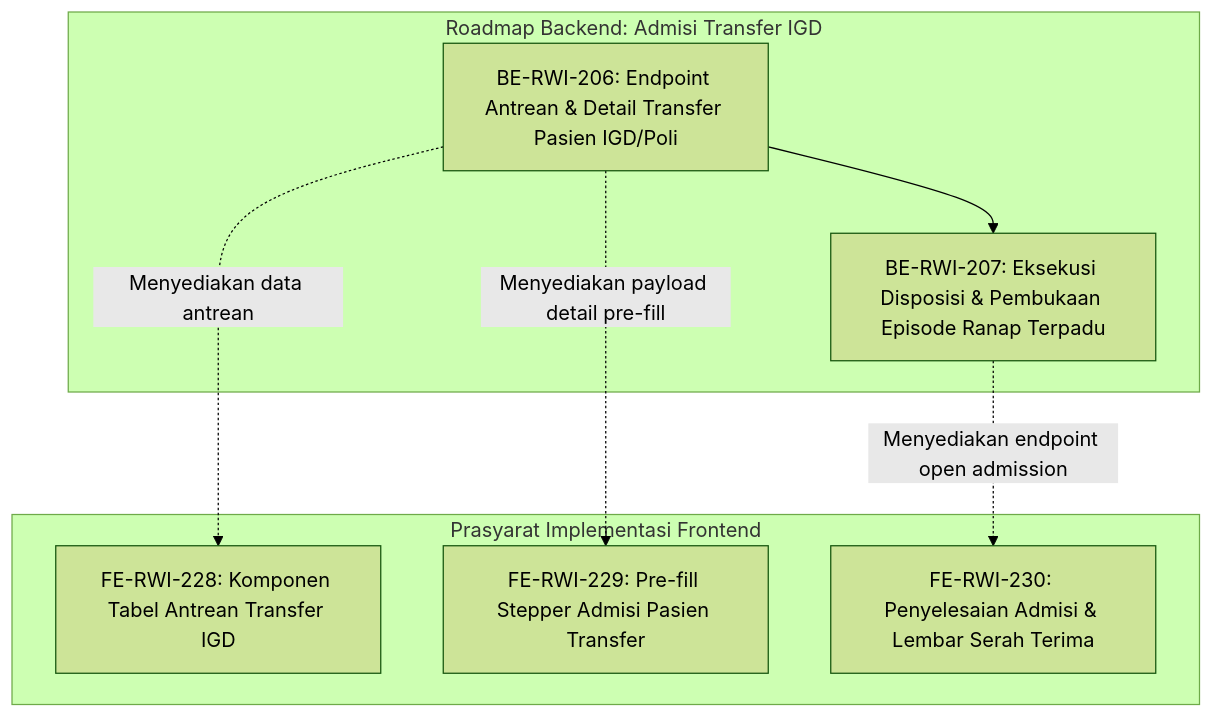
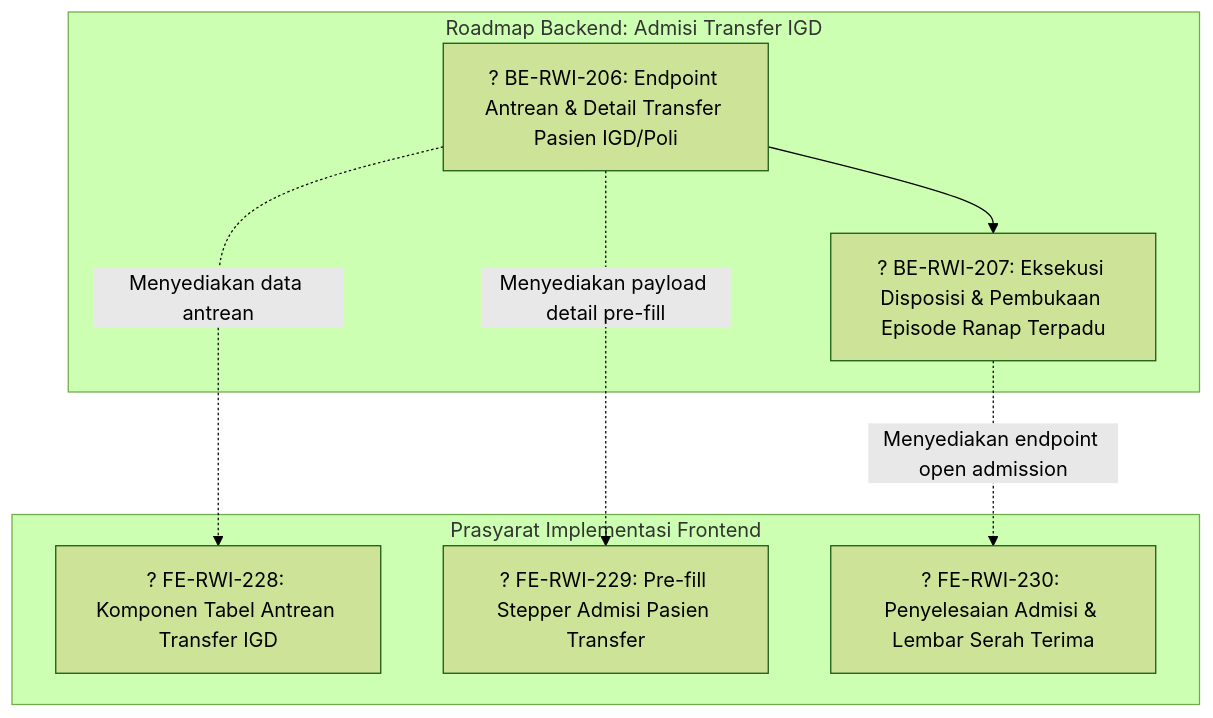
The diagram in docs/module-blueprints/rawat-inap/episode-rawat-inap/roadmap/backend-roadmap-admisi-transfer-igd.md (DevBenari/NewQuilvianSystemBackend), drawn with Mermaid (forest theme) before and after one commit. The commit also changed other lines of this file and 52 other files, not shown here.

````diff
--- a/docs/module-blueprints/rawat-inap/episode-rawat-inap/roadmap/backend-roadmap-admisi-transfer-igd.md
+++ b/docs/module-blueprints/rawat-inap/episode-rawat-inap/roadmap/backend-roadmap-admisi-transfer-igd.md
@@ -32,19 +32,19 @@
 ```mermaid
 flowchart TD
     subgraph backend[Roadmap Backend: Admisi Transfer IGD]
-        BE206["BE-RWI-206: Endpoint Antrean & Detail Transfer Pasien IGD/Poli"]
-        BE207["BE-RWI-207: Eksekusi Disposisi & Pembukaan Episode Ranap Terpadu"]
+        BE206["? BE-RWI-206: Endpoint Antrean & Detail Transfer Pasien IGD/Poli"]
+        BE207["? BE-RWI-207: Eksekusi Disposisi & Pembukaan Episode Ranap Terpadu"]
         
         BE206 --> BE207
     end
     
     subgraph frontendPrereq[Prasyarat Implementasi Frontend]
-        FE228["FE-RWI-228: Komponen Tabel Antrean Transfer IGD"]
-        FE229["FE-RWI-229: Pre-fill Stepper Admisi Pasien Transfer"]
-        FE230["FE-RWI-230: Penyelesaian Admisi & Lembar Serah Terima"]
+        FE228["? FE-RWI-228: Komponen Tabel Antrean Transfer IGD"]
+        FE229["? FE-RWI-229: Pre-fill Stepper Admisi Pasien Transfer"]
+        FE230["? FE-RWI-230: Penyelesaian Admisi & Lembar Serah Terima"]
     end
     
     BE206 -.->|Menyediakan data antrean| FE228
     BE206 -.->|Menyediakan payload detail pre-fill| FE229
     BE207 -.->|Menyediakan endpoint open admission| FE230
 ```
````
